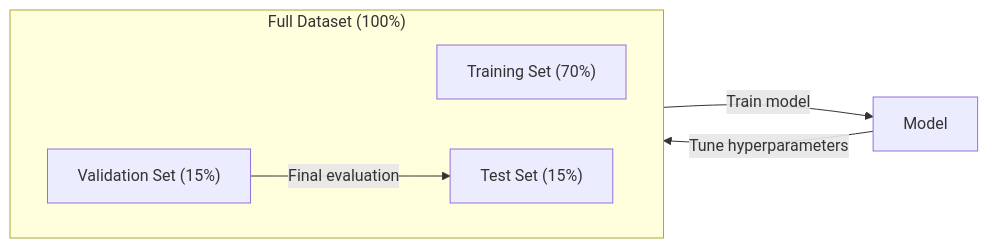
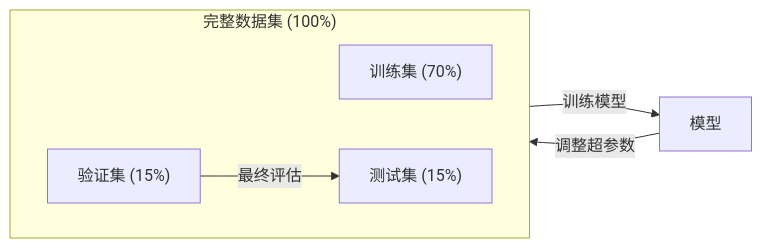
Before and after one commit to guangningsun/ailearning: the fourth of 6 diagrams in lessons/02-ml-fundamentals/01-what-is-machine-learning/docs/zh.md, drawn with Mermaid. The commit also changed other lines of this file and 53 other files, not shown here.

````diff
--- a/lessons/02-ml-fundamentals/01-what-is-machine-learning/docs/zh.md
+++ b/lessons/02-ml-fundamentals/01-what-is-machine-learning/docs/zh.md
@@ -157,13 +157,13 @@
 ```mermaid
 flowchart LR
-    subgraph Dataset["Full Dataset (100%)"]
+    subgraph Dataset["完整数据集 (100%)"]
         direction LR
-        TR["Training Set (70%)"]
-        VA["Validation Set (15%)"]
-        TE["Test Set (15%)"]
+        TR["训练集 (70%)"]
+        VA["验证集 (15%)"]
+        TE["测试集 (15%)"]
     end
 
-    TR -->|Train model| M[Model]
-    M -->|Tune hyperparameters| VA
-    VA -->|Final evaluation| TE
+    TR -->|训练模型| M[模型]
+    M -->|调整超参数| VA
+    VA -->|最终评估| TE
 ```
````
